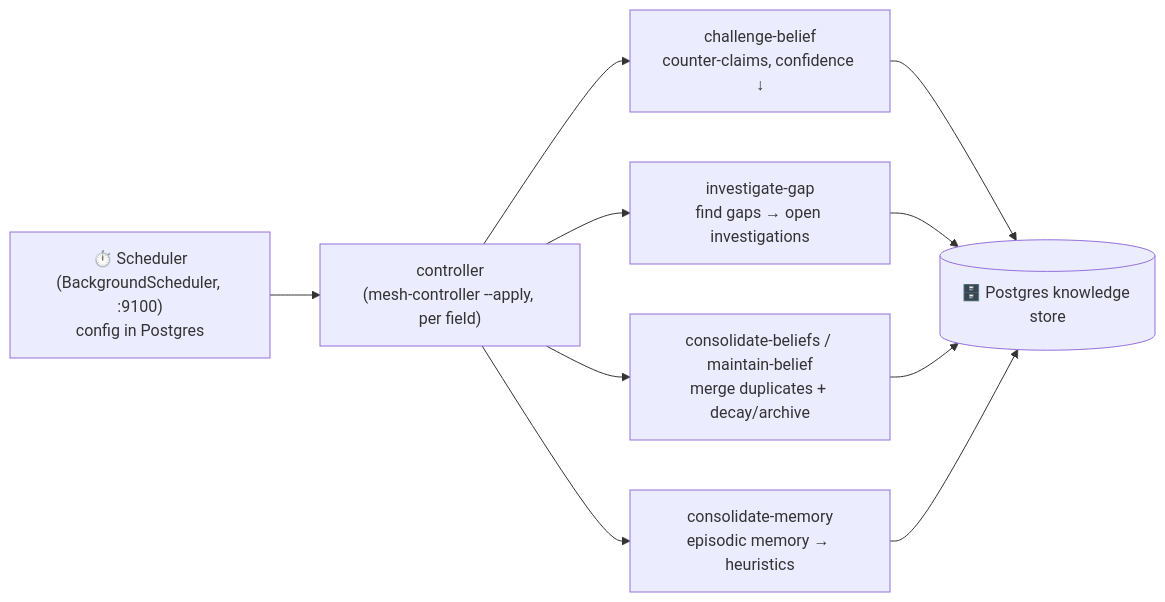
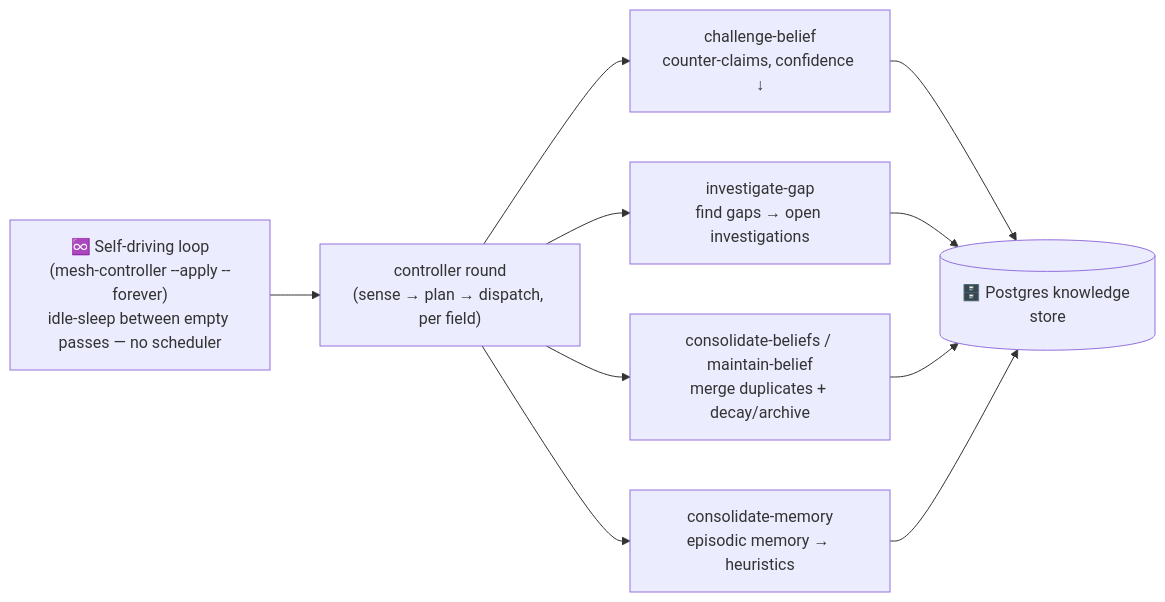
Before and after one commit to bklassen3434/agent-mesh: the second of 2 diagrams in docs/architecture.md, drawn with Mermaid. The commit also changed other lines of this file, not shown here.

First line of the commit message:
docs: correct architecture diagrams to controller-only orchestration

````diff
--- a/docs/architecture.md
+++ b/docs/architecture.md
@@ -70,16 +70,16 @@
 ```mermaid
 flowchart LR
-    SCHED["⏱️ Scheduler<br/>(BackgroundScheduler, :9100)<br/>config in Postgres"]
+    LOOP["♾️ Self-driving loop<br/>(mesh-controller --apply --forever)<br/>idle-sleep between empty passes — no scheduler"]
 
-    SCHED --> CTRL["controller<br/>(mesh-controller --apply, per field)"]
+    LOOP --> CTRL["controller round<br/>(sense → plan → dispatch, per field)"]
 
     CTRL --> R1["challenge-belief<br/>counter-claims, confidence ↓"]
     CTRL --> R2["investigate-gap<br/>find gaps → open investigations"]
     CTRL --> R3["consolidate-beliefs / maintain-belief<br/>merge duplicates + decay/archive"]
     CTRL --> R4["consolidate-memory<br/>episodic memory → heuristics"]
 
     R1 --> DB[("🗄️ Postgres knowledge store")]
     R2 --> DB
     R3 --> DB
     R4 --> DB
 ```
````
